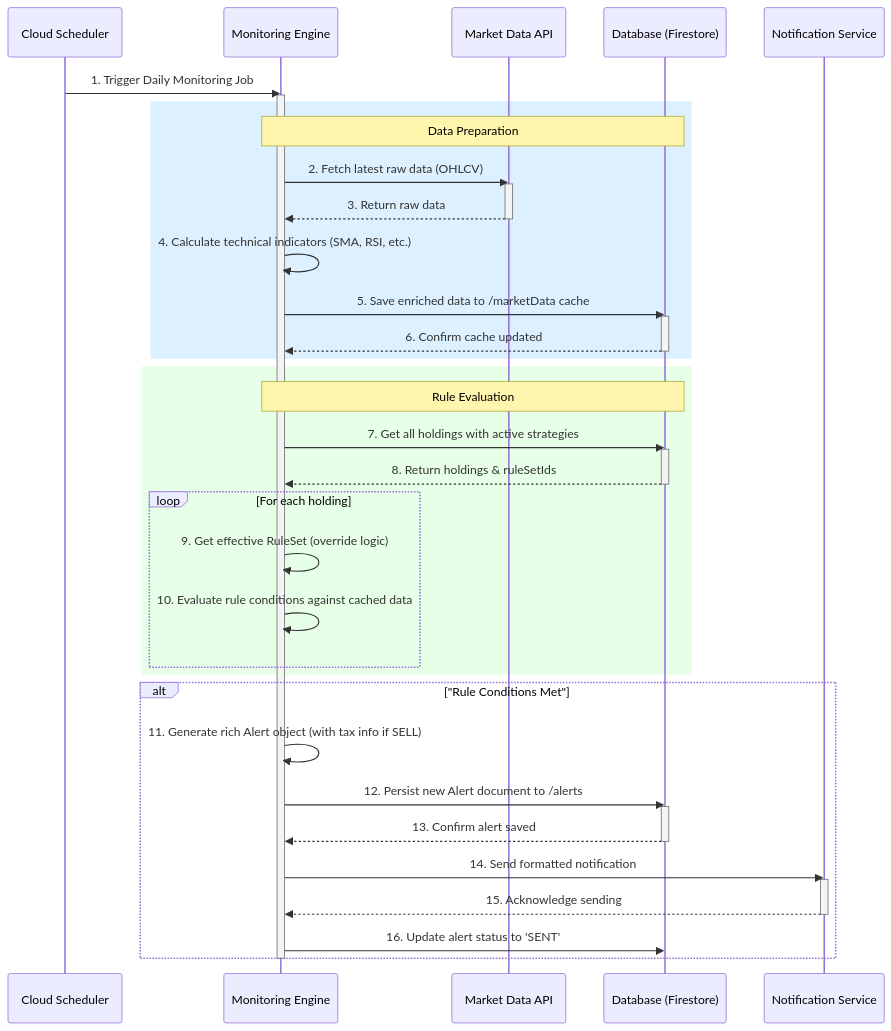
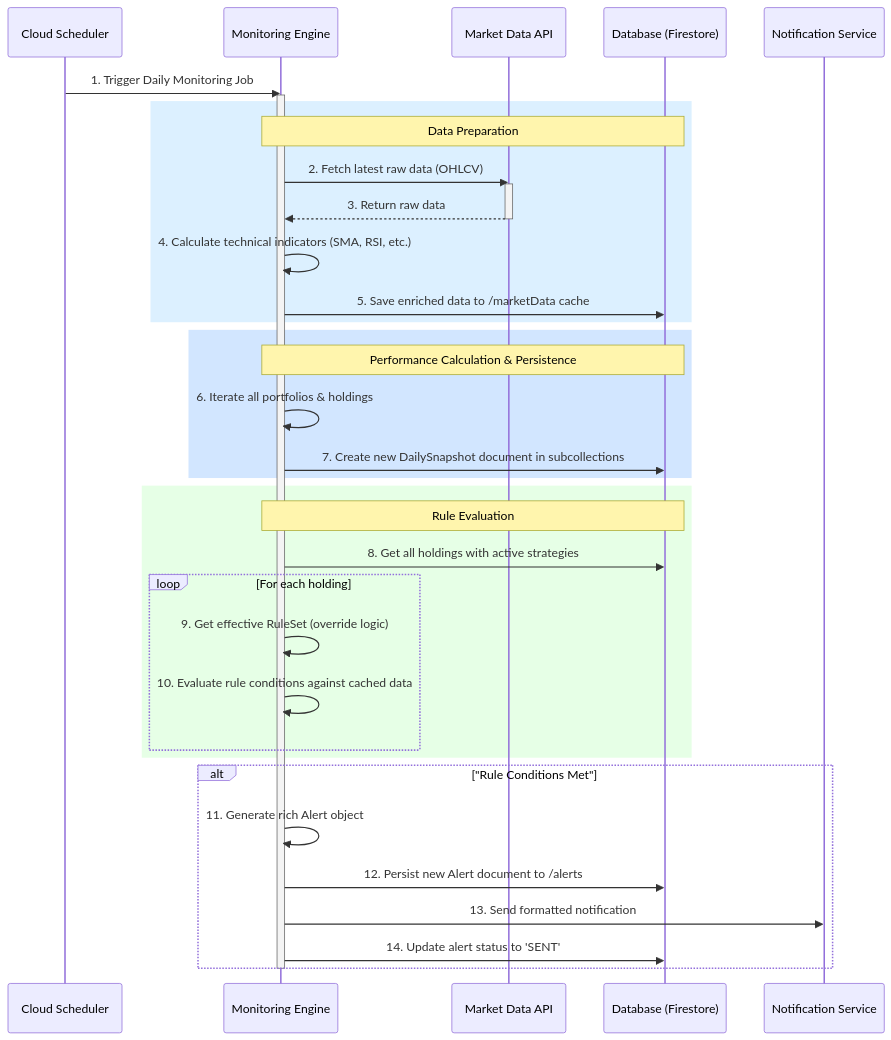
Diagram 44 of 58 in product_spec.md (enzhao/Sentinel), drawn with Mermaid before and after one commit. The commit also changed other lines of this file and 1 other file, not shown here.

First line of the commit message:
docs(spec): enhance UI and data models for charts

````diff
--- a/product_spec.md
+++ b/product_spec.md
@@ -2287,57 +2301,45 @@
 ```mermaid
 sequenceDiagram
     participant Scheduler as Cloud Scheduler
     participant Engine as Monitoring Engine
     participant API as Market Data API
     participant DB as Database (Firestore)
     participant Notify as Notification Service
 
     Scheduler->>Engine: 1. Trigger Daily Monitoring Job
     activate Engine
 
     rect rgb(220, 240, 255)
         Note over Engine, DB: Data Preparation
         Engine->>API: 2. Fetch latest raw data (OHLCV)
         activate API
         API-->>Engine: 3. Return raw data
         deactivate API
+        Engine->>Engine: 4. Calculate technical indicators (SMA, RSI, etc.)
+        Engine->>DB: 5. Save enriched data to /marketData cache
+    end
 
-        Engine->>Engine: 4. Calculate technical indicators (SMA, RSI, etc.)
-
-        Engine->>DB: 5. Save enriched data to /marketData cache
-        activate DB
-        DB-->>Engine: 6. Confirm cache updated
-        deactivate DB
+    rect rgb(210, 230, 255)
+        Note over Engine, DB: Performance Calculation & Persistence
+        Engine->>Engine: 6. Iterate all portfolios & holdings
+        Engine->>DB: 7. Create new DailySnapshot document in subcollections
     end
 
     rect rgb(230, 255, 230)
         Note over Engine, DB: Rule Evaluation
-        Engine->>DB: 7. Get all holdings with active strategies
-        activate DB
-        DB-->>Engine: 8. Return holdings & ruleSetIds
-        deactivate DB
-
+        Engine->>DB: 8. Get all holdings with active strategies
         loop For each holding
             Engine->>Engine: 9. Get effective RuleSet (override logic)
             Engine->>Engine: 10. Evaluate rule conditions against cached data
         end
     end
 
     alt "Rule Conditions Met"
-        Engine->>Engine: 11. Generate rich Alert object (with tax info if SELL)
-        
+        Engine->>Engine: 11. Generate rich Alert object
         Engine->>DB: 12. Persist new Alert document to /alerts
-        activate DB
-        DB-->>Engine: 13. Confirm alert saved
-        deactivate DB
-
-        Engine->>Notify: 14. Send formatted notification
-        activate Notify
-        Notify-->>Engine: 15. Acknowledge sending
-        deactivate Notify
-        
-        Engine->>DB: 16. Update alert status to 'SENT'
+        Engine->>Notify: 13. Send formatted notification
+        Engine->>DB: 14. Update alert status to 'SENT'
     end
 
     deactivate Engine
 ```
````
